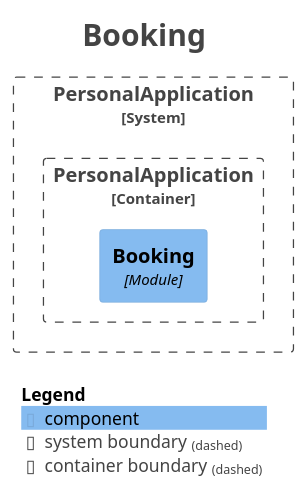
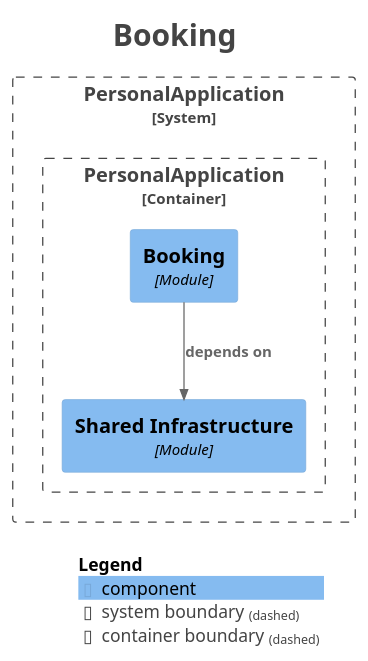
Before and after one commit to SnapPetal/PersonalWeb: the diagram in docs/modulith/module-booking.puml, drawn with PlantUML. The commit also changed 10 other files, not shown here.

First line of the commit message:
fix: move events to shared and eliminate cross-module dependencies

```diff
--- a/docs/modulith/module-booking.puml
+++ b/docs/modulith/module-booking.puml
@@ -1,27 +1,30 @@
 @startuml
 title <size:24>Booking</size>
 
 set separator none
 top to bottom direction
 
 <style>
   root {
     BackgroundColor: #ffffff
     FontColor: #444444
   }
 </style>
 
 !include <C4/C4>
 !include <C4/C4_Context>
 !include <C4/C4_Component>
 
 System_Boundary("PersonalApplication_boundary", "PersonalApplication", $tags="") {
   Container_Boundary("PersonalApplication.PersonalApplication_boundary", "PersonalApplication", $tags="") {
     Component(PersonalApplication.PersonalApplication.Booking, "Booking", $techn="Module", $descr="", $tags="", $link="")
+    Component(PersonalApplication.PersonalApplication.SharedInfrastructure, "Shared Infrastructure", $techn="Module", $descr="", $tags="", $link="")
   }
 
 }
 
+Rel(PersonalApplication.PersonalApplication.Booking, PersonalApplication.PersonalApplication.SharedInfrastructure, "depends on", $techn="", $tags="", $link="")
+
 SHOW_LEGEND(true)
 hide stereotypes
 @enduml
```
